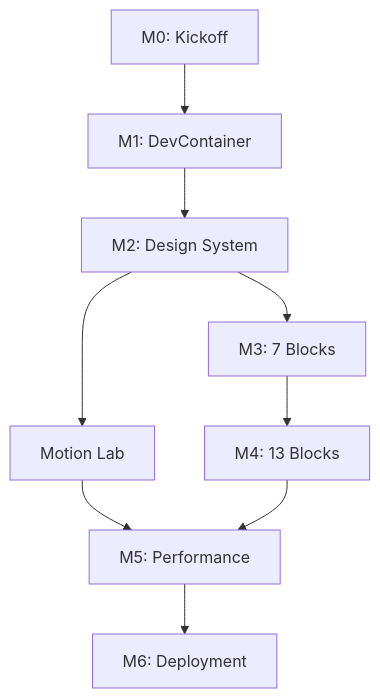
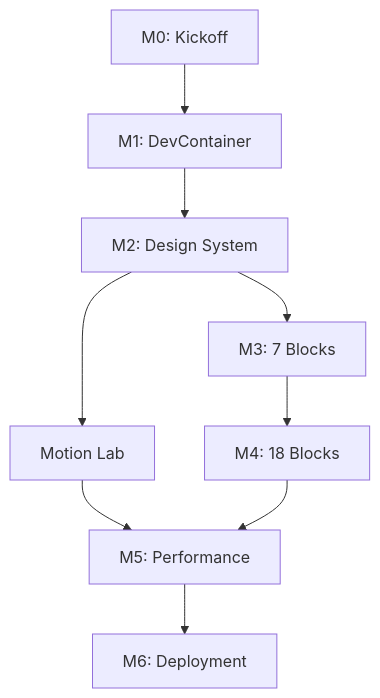
The second of 2 diagrams in docs/core/KINETIK-OS-PROJECT-ROADMAP.md (samtaylor646/kinetik-os), drawn with Mermaid before and after one commit. The commit also changed other lines of this file and 3 other files, not shown here.

Commit message:
[ARCH-K] DOCS: Align core documentation with 18-block architecture

````diff
--- a/docs/core/KINETIK-OS-PROJECT-ROADMAP.md
+++ b/docs/core/KINETIK-OS-PROJECT-ROADMAP.md
@@ -1149,11 +1149,11 @@
 ```mermaid
 graph TD
     A[M0: Kickoff] --> B[M1: DevContainer]
     B --> C[M2: Design System]
     C --> D[M3: 7 Blocks]
     C --> E[Motion Lab]
-    D --> F[M4: 13 Blocks]
+    D --> F[M4: 18 Blocks]
     E --> G[M5: Performance]
     F --> G
     G --> H[M6: Deployment]
 ```
````
